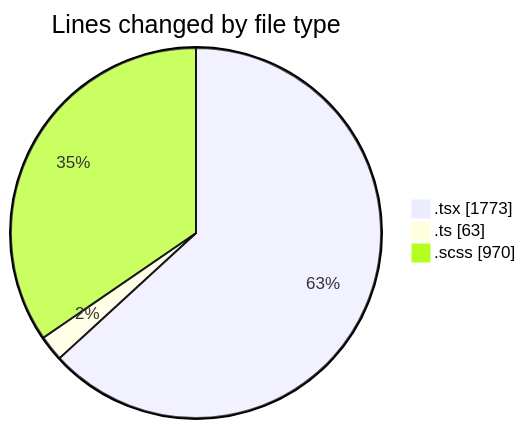
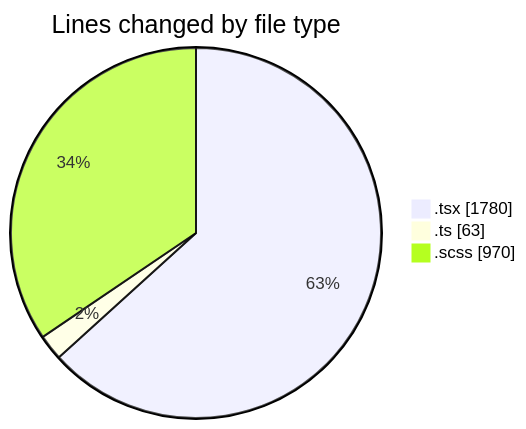
Before and after one commit to momahboobian/code-tracking: the first of 2 diagrams in 2025-04-02/cda/README.md, drawn with Mermaid. The commit also changed other lines of this file and 1 other file, not shown here.

````diff
--- a/2025-04-02/cda/README.md
+++ b/2025-04-02/cda/README.md
@@ -28,7 +28,7 @@
 ```mermaid
 pie showData
 title Lines changed by file type
-".tsx" : 1773
+".tsx" : 1780
 ".ts" : 63
 ".scss" : 970
 ```
````
